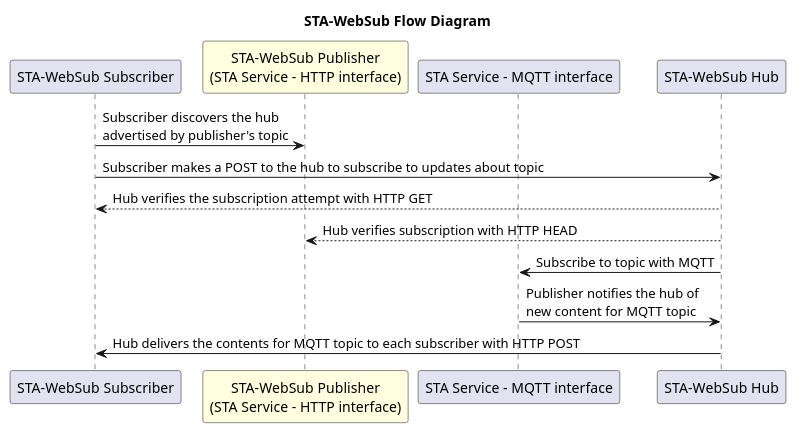
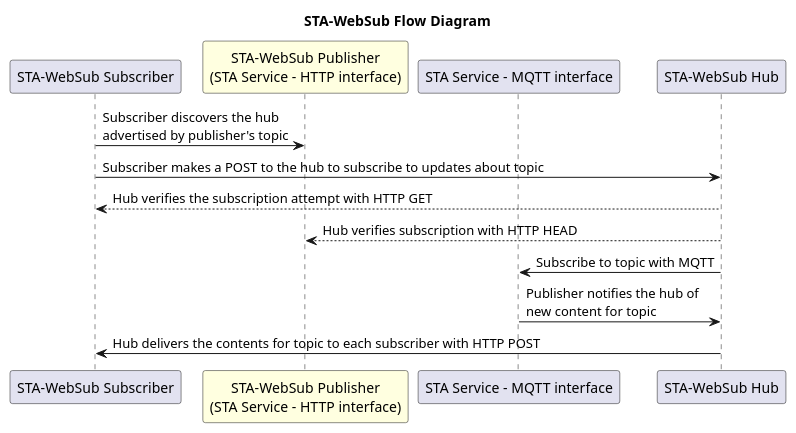
The second of 5 diagrams in sections/clause_6_informative_text.adoc (opengeospatial/sensorthings), drawn with PlantUML before and after one commit. The commit also changed other lines of this file and 23 other files, not shown here.

```diff
--- a/sections/clause_6_informative_text.adoc
+++ b/sections/clause_6_informative_text.adoc
@@ -64,24 +68,24 @@
 [plantuml]
 ....
 @startuml
 
 title STA-WebSub Flow Diagram
 
 participant "STA-WebSub Subscriber"
 participant "STA-WebSub Publisher\n(STA Service - HTTP interface)" #lightYellow
 participant "STA Service - MQTT interface"
 participant "STA-WebSub Hub"
 
 "STA-WebSub Subscriber" -> "STA-WebSub Publisher\n(STA Service - HTTP interface)": Subscriber discovers the hub\nadvertised by publisher's topic
 "STA-WebSub Subscriber" -> "STA-WebSub Hub": Subscriber makes a POST to the hub to subscribe to updates about topic
 
 "STA-WebSub Hub" --> "STA-WebSub Subscriber": Hub verifies the subscription attempt with HTTP GET
 "STA-WebSub Hub" --> "STA-WebSub Publisher\n(STA Service - HTTP interface)": Hub verifies subscription with HTTP HEAD
 
 "STA-WebSub Hub" -> "STA Service - MQTT interface": Subscribe to topic with MQTT
 
-"STA Service - MQTT interface" -> "STA-WebSub Hub": Publisher notifies the hub of\nnew content for MQTT topic
-"STA-WebSub Hub" -> "STA-WebSub Subscriber": Hub delivers the contents for MQTT topic to each subscriber with HTTP POST
+"STA Service - MQTT interface" -> "STA-WebSub Hub": Publisher notifies the hub of\nnew content for topic
+"STA-WebSub Hub" -> "STA-WebSub Subscriber": Hub delivers the contents for topic to each subscriber with HTTP POST
 
 @enduml
 ....
```
